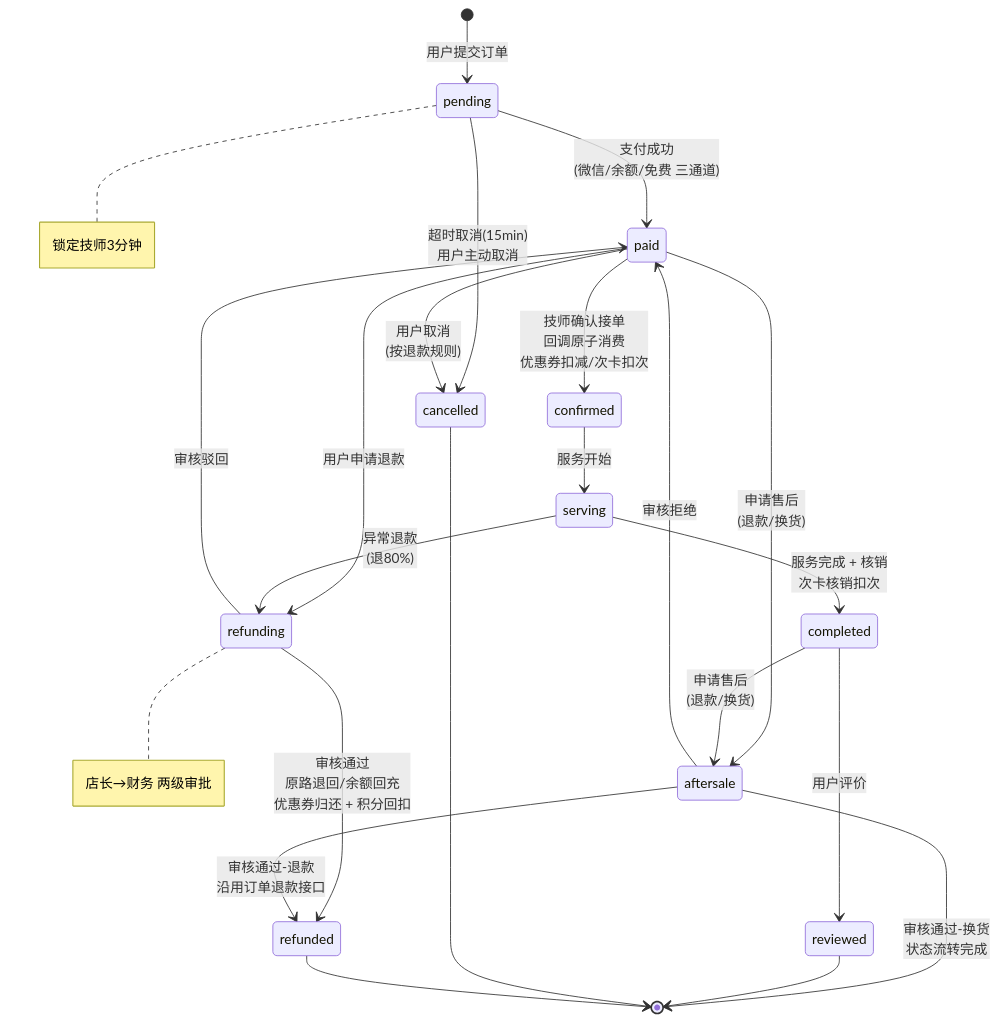
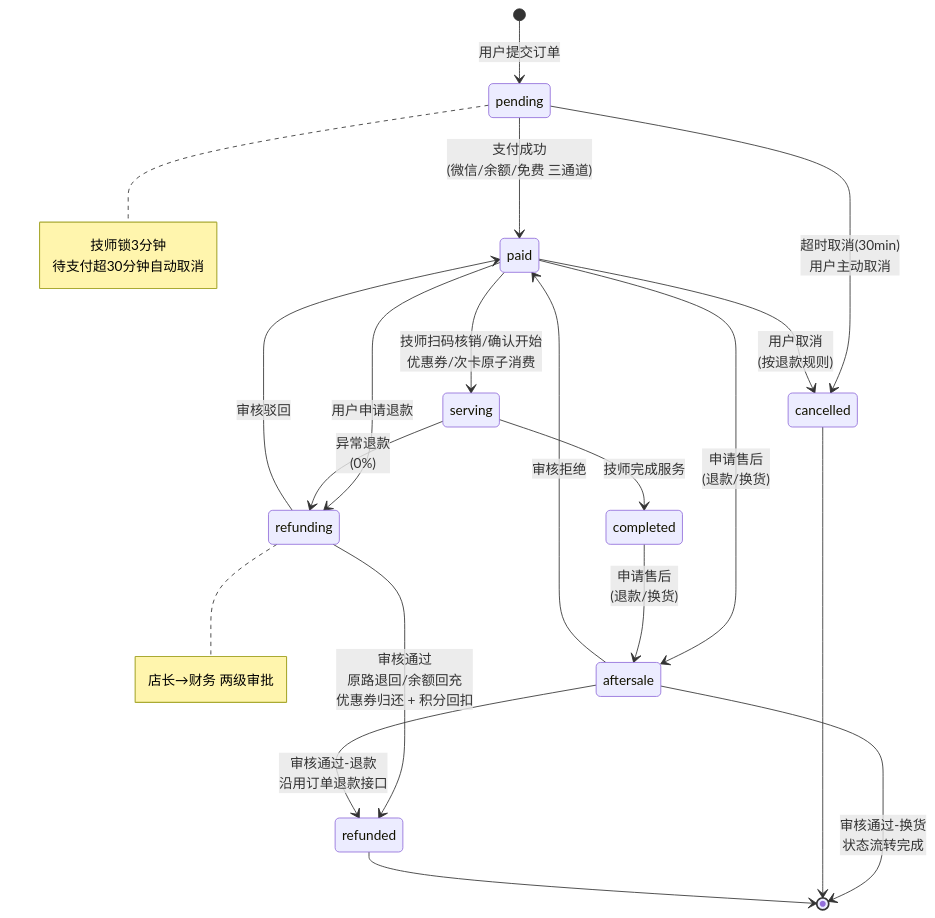
Before and after one commit to erikwang2013/appointment-php: the first of 11 diagrams in docs/diagrams/LIFECYCLE-DIAGRAM.md, drawn with Mermaid. The commit also changed other lines of this file and 123 other files, not shown here.

First line of the commit message:
修复订单支付并发与鉴权问题，同步文档与图表

````diff
--- a/docs/diagrams/LIFECYCLE-DIAGRAM.md
+++ b/docs/diagrams/LIFECYCLE-DIAGRAM.md
@@ -6,36 +6,33 @@
 ```mermaid
 stateDiagram-v2
     [*] --> pending: 用户提交订单
 
     pending --> paid: 支付成功<br/>(微信/余额/免费 三通道)
 
-    pending --> cancelled: 超时取消(15min)<br/>用户主动取消
+    pending --> cancelled: 超时取消(30min)<br/>用户主动取消
 
-    paid --> confirmed: 技师确认接单<br/>回调原子消费<br/>优惠券扣减/次卡扣次
     paid --> cancelled: 用户取消<br/>(按退款规则)
     paid --> refunding: 用户申请退款
     paid --> aftersale: 申请售后<br/>(退款/换货)
 
-    confirmed --> serving: 服务开始
+    paid --> serving: 技师扫码核销/确认开始<br/>优惠券/次卡原子消费
 
-    serving --> completed: 服务完成 + 核销<br/>次卡核销扣次
+    serving --> completed: 技师完成服务
 
-    serving --> refunding: 异常退款<br/>(退80%)
+    serving --> refunding: 异常退款<br/>(0%)
 
-    completed --> reviewed: 用户评价
     completed --> aftersale: 申请售后<br/>(退款/换货)
 
     refunding --> refunded: 审核通过<br/>原路退回/余额回充<br/>优惠券归还 + 积分回扣
     refunding --> paid: 审核驳回
 
     aftersale --> refunded: 审核通过-退款<br/>沿用订单退款接口
     aftersale --> paid: 审核拒绝
     aftersale --> [*]: 审核通过-换货<br/>状态流转完成
 
-    reviewed --> [*]
     cancelled --> [*]
     refunded --> [*]
 
-    note right of pending: 锁定技师3分钟
+    note right of pending: 技师锁3分钟<br/>待支付超30分钟自动取消
     note right of refunding: 店长→财务 两级审批
 ```
````
